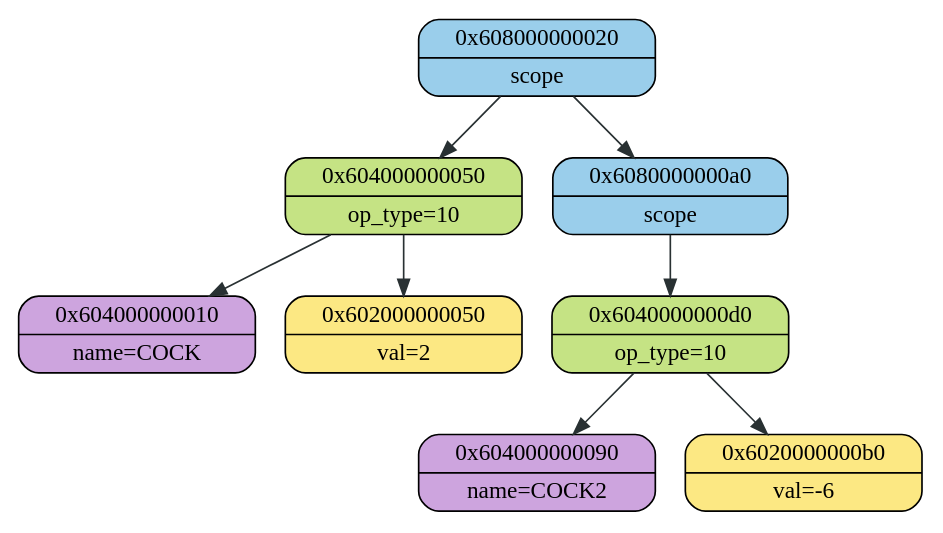
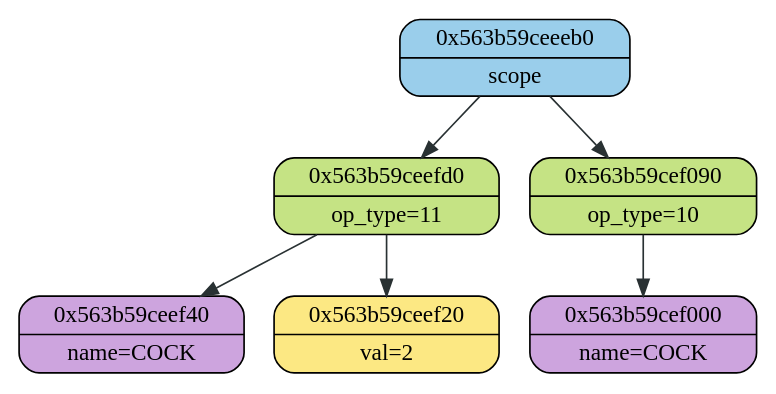
Before and after one commit to 2APetrin/ParaCL: the diagram in ast/logs/log_graphviz.dot, drawn with Graphviz. The commit also changed 5 other files, not shown here.

```diff
--- a/ast/logs/log_graphviz.dot
+++ b/ast/logs/log_graphviz.dot
@@ -1,18 +1,14 @@
 digraph
 {
-    node_0x608000000020[shape = Mrecord, label = "{{0x608000000020} | {scope}}", style = "filled", fillcolor = "#9ACEEB"];
-    node_0x604000000050[shape = Mrecord, label = "{{0x604000000050} | {op_type=10}}", style = "filled", fillcolor = "#C5E384"];
-    node_0x604000000010[shape = Mrecord, label = "{{0x604000000010} | {name=COCK}}", style = "filled", fillcolor = "#CDA4DE"];
-    node_0x602000000050[shape = Mrecord, label = "{{0x602000000050} | {val=2}}", style = "filled", fillcolor = "#FCE883"];
-    node_0x604000000050->node_0x604000000010 [color = "#293133"];
-    node_0x604000000050->node_0x602000000050 [color = "#293133"];
-    node_0x608000000020->node_0x604000000050 [color = "#293133"];
-    node_0x6080000000a0[shape = Mrecord, label = "{{0x6080000000a0} | {scope}}", style = "filled", fillcolor = "#9ACEEB"];
-    node_0x6040000000d0[shape = Mrecord, label = "{{0x6040000000d0} | {op_type=10}}", style = "filled", fillcolor = "#C5E384"];
-    node_0x604000000090[shape = Mrecord, label = "{{0x604000000090} | {name=COCK2}}", style = "filled", fillcolor = "#CDA4DE"];
-    node_0x6020000000b0[shape = Mrecord, label = "{{0x6020000000b0} | {val=-6}}", style = "filled", fillcolor = "#FCE883"];
-    node_0x6040000000d0->node_0x604000000090 [color = "#293133"];
-    node_0x6040000000d0->node_0x6020000000b0 [color = "#293133"];
-    node_0x6080000000a0->node_0x6040000000d0 [color = "#293133"];
-    node_0x608000000020->node_0x6080000000a0 [color = "#293133"];
+    node_0x563b59ceeeb0[shape = Mrecord, label = "{{0x563b59ceeeb0} | {scope}}", style = "filled", fillcolor = "#9ACEEB"];
+    node_0x563b59ceefd0[shape = Mrecord, label = "{{0x563b59ceefd0} | {op_type=11}}", style = "filled", fillcolor = "#C5E384"];
+    node_0x563b59ceef40[shape = Mrecord, label = "{{0x563b59ceef40} | {name=COCK}}", style = "filled", fillcolor = "#CDA4DE"];
+    node_0x563b59ceef20[shape = Mrecord, label = "{{0x563b59ceef20} | {val=2}}", style = "filled", fillcolor = "#FCE883"];
+    node_0x563b59ceefd0->node_0x563b59ceef40 [color = "#293133"];
+    node_0x563b59ceefd0->node_0x563b59ceef20 [color = "#293133"];
+    node_0x563b59ceeeb0->node_0x563b59ceefd0 [color = "#293133"];
+    node_0x563b59cef090[shape = Mrecord, label = "{{0x563b59cef090} | {op_type=10}}", style = "filled", fillcolor = "#C5E384"];
+    node_0x563b59cef000[shape = Mrecord, label = "{{0x563b59cef000} | {name=COCK}}", style = "filled", fillcolor = "#CDA4DE"];
+    node_0x563b59cef090->node_0x563b59cef000 [color = "#293133"];
+    node_0x563b59ceeeb0->node_0x563b59cef090 [color = "#293133"];
 }
```
